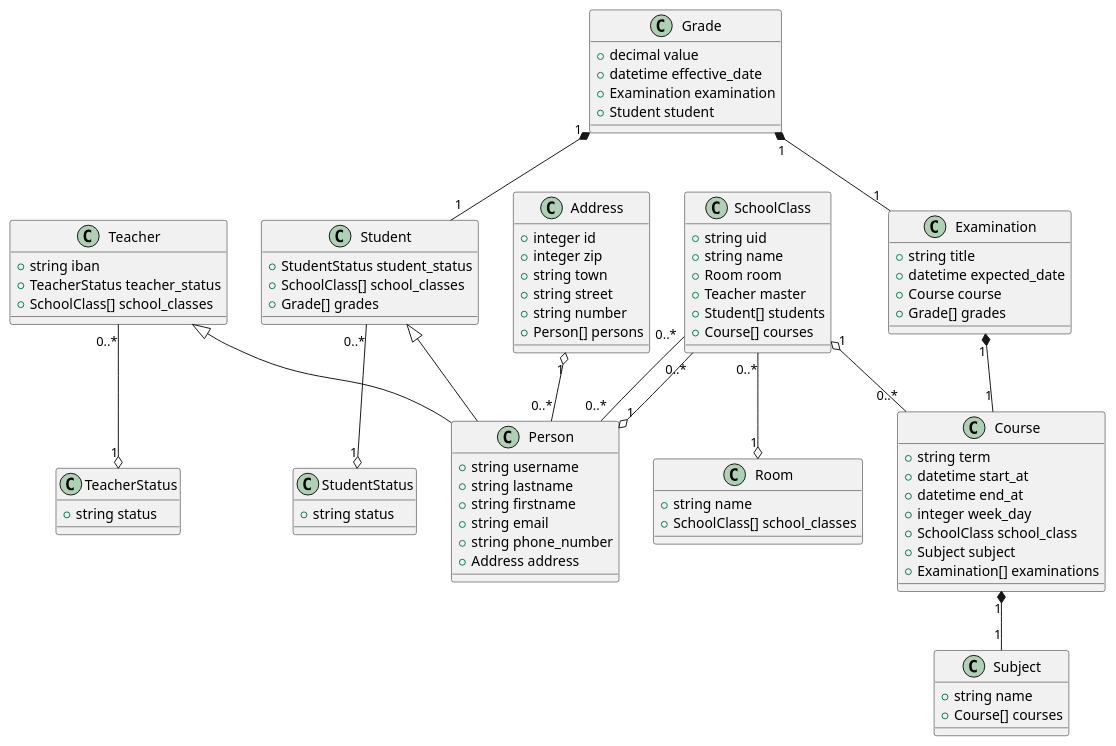
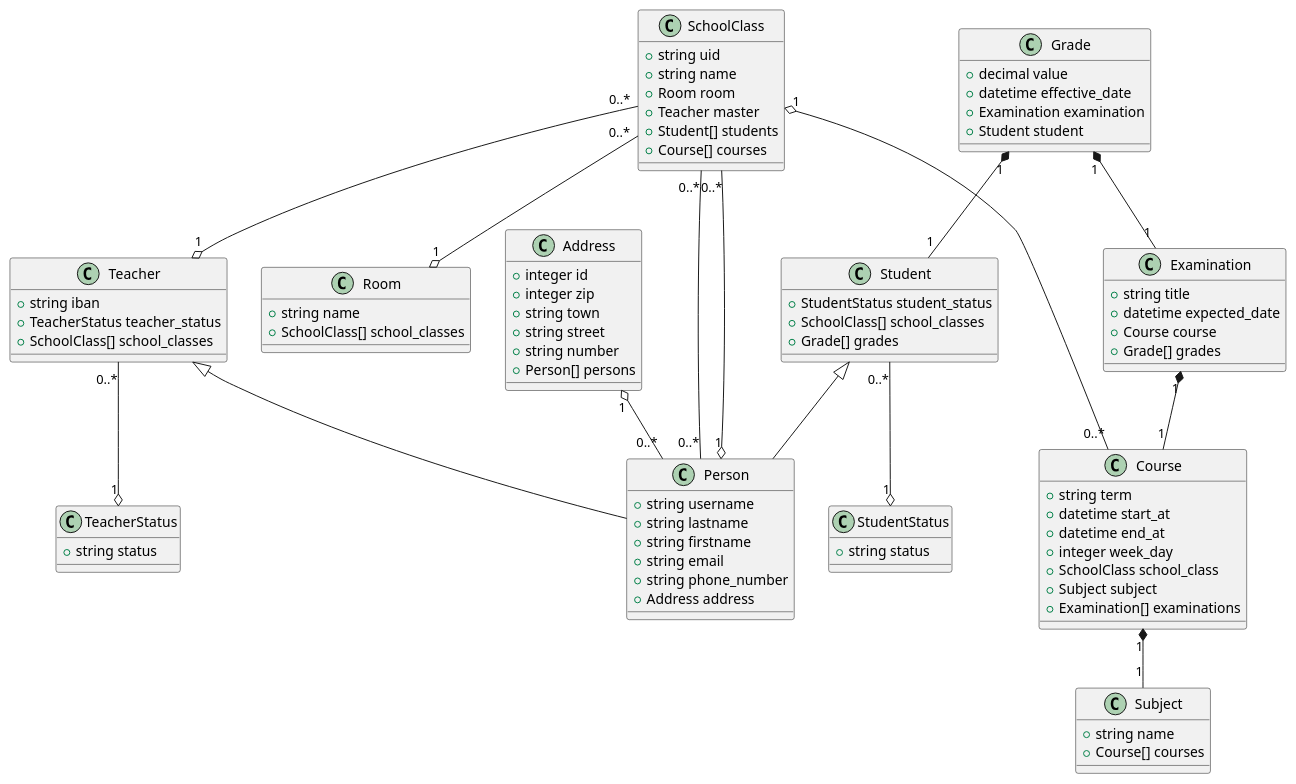
Before and after one commit to EliottJaquierEdu/ROR: the diagram in doc/class-diagram.puml, drawn with PlantUML.

Commit message:
Add missing association between SchoolClass and Teacher in diagram

```diff
--- a/doc/class-diagram.puml
+++ b/doc/class-diagram.puml
@@ -1,99 +1,100 @@
 @startuml
 
 class Address {
   +integer id
   +integer zip
   +string town
   +string street
   +string number
   +Person[] persons
 }
 
 class Person {
   +string username
   +string lastname
   +string firstname
   +string email
   +string phone_number
   +Address address
 }
 
 class Teacher {
   +string iban
   +TeacherStatus teacher_status
   +SchoolClass[] school_classes
 }
 
 class Student {
   +StudentStatus student_status
   +SchoolClass[] school_classes
   +Grade[] grades
 }
 
 class SchoolClass {
   +string uid
   +string name
   +Room room
   +Teacher master
   +Student[] students
   +Course[] courses
 }
 
 class Course {
   +string term
   +datetime start_at
   +datetime end_at
   +integer week_day
   +SchoolClass school_class
   +Subject subject
   +Examination[] examinations
 }
 
 class Subject {
   +string name
   +Course[] courses
 }
 
 class Examination {
   +string title
   +datetime expected_date
   +Course course
   +Grade[] grades
 }
 
 class Grade {
   +decimal value
   +datetime effective_date
   +Examination examination
   +Student student
 }
 
 class Room {
   +string name
   +SchoolClass[] school_classes
 }
 
 class TeacherStatus {
   +string status
 }
 
 class StudentStatus {
   +string status
 }
 
 Address "1" o-- "0..*" Person
 Teacher "0..*" --o "1" TeacherStatus
 Student "0..*" --o "1" StudentStatus
 SchoolClass "0..*" -- "0..*" Person
 SchoolClass "0..*" --o "1" Room
 SchoolClass "0..*" --o "1" Person
 SchoolClass "1" o-- "0..*" Course
+SchoolClass "0..*" --o "1" Teacher
 Course "1" *-- "1" Subject
 Examination "1" *-- "1" Course
 Grade "1" *-- "1" Examination
 Grade "1" *-- "1" Student
 
 Teacher <|-- Person
 Student <|-- Person
 
 @enduml
```
